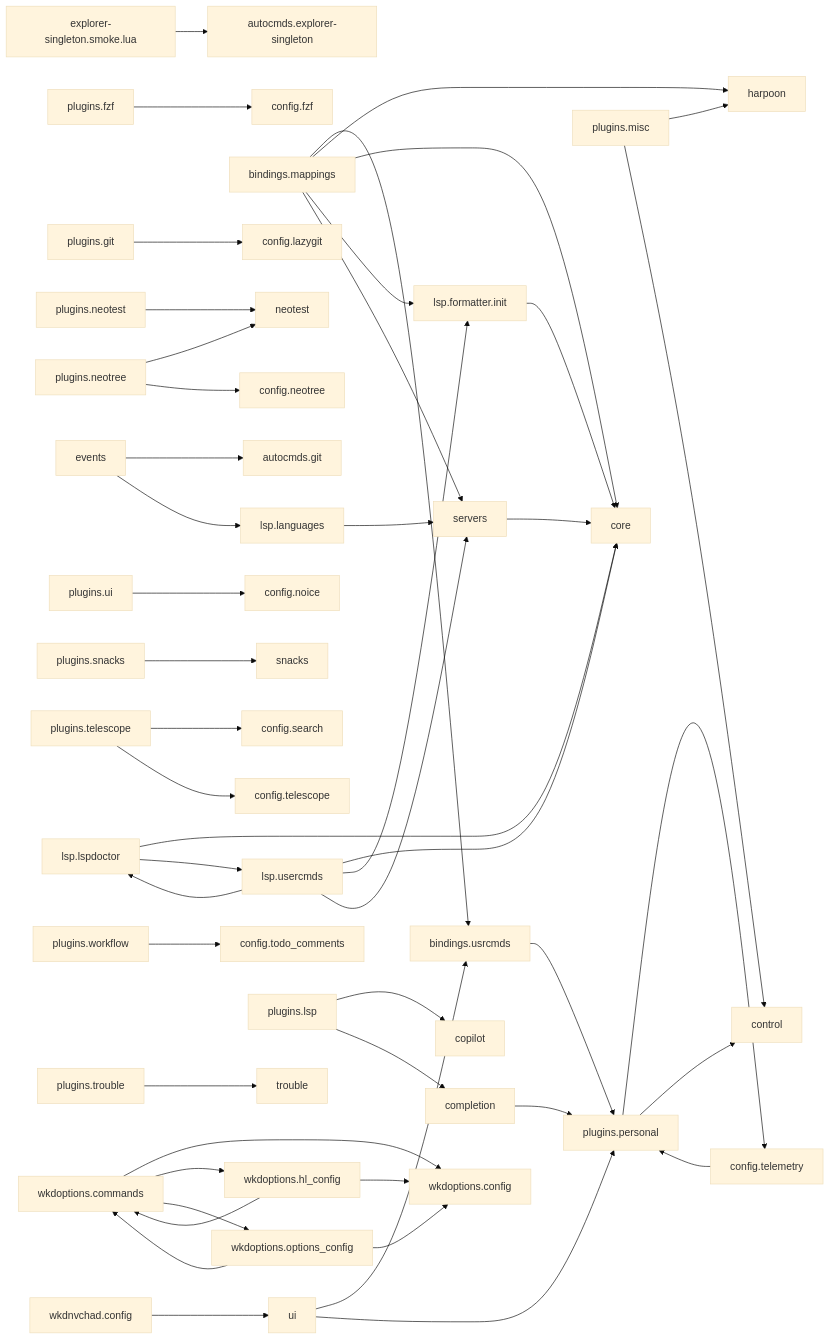
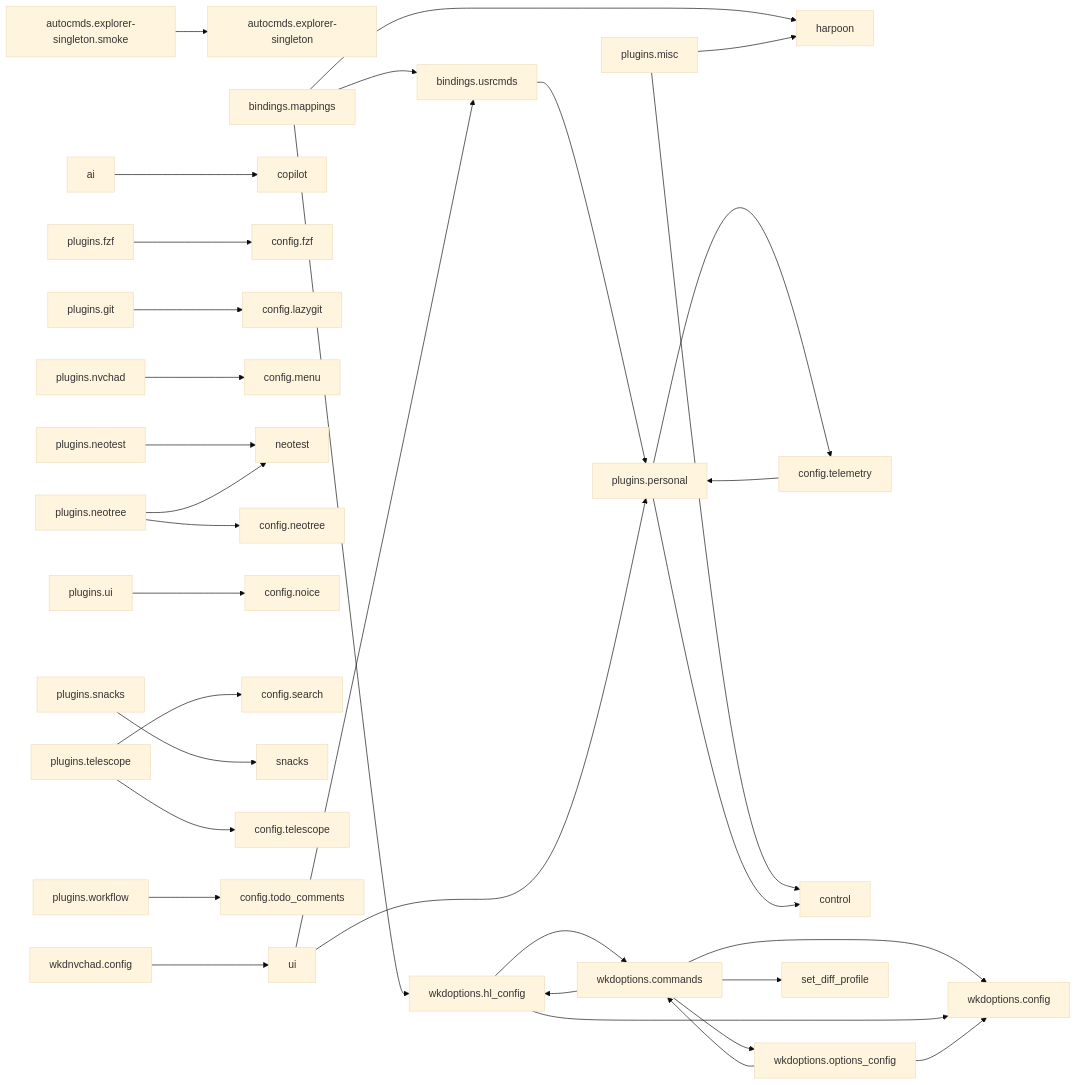
One commit to StefanBartl/nvim changed the second of 2 diagrams in docs/map/overview.md. Above: the diagram before and after it, drawn with Mermaid (base theme). The commit also changed other lines of this file and 2 other files, not shown here.

````diff
--- a/docs/map/overview.md
+++ b/docs/map/overview.md
@@ -160,15 +132,14 @@
 ```mermaid
 flowchart LR
-  nlua_autocmds_events["events"]
   nlua_autocmds_explorer_singleton_lua["autocmds.explorer-singleton"]
-  nlua_autocmds_explorer_singleton_smoke_lua["explorer-singleton.smoke.lua"]
-  nlua_autocmds_git["autocmds.git"]
+  nlua_autocmds_explorer_singleton_smoke_lua["autocmds.explorer-singleton.smoke"]
   nlua_bindings_mappings["bindings.mappings"]
   nlua_bindings_usrcmds["bindings.usrcmds"]
   nlua_config_copilot["copilot"]
   nlua_config_fzf["config.fzf"]
   nlua_config_harpoon["harpoon"]
   nlua_config_lazygit["config.lazygit"]
+  nlua_config_menu["config.menu"]
   nlua_config_neotest["neotest"]
   nlua_config_neotree["config.neotree"]
   nlua_config_noice["config.noice"]
@@ -177,25 +148,17 @@
   nlua_config_telemetry_lua["config.telemetry"]
   nlua_config_telescope["config.telescope"]
   nlua_config_todo_comments["config.todo_comments"]
-  nlua_config_trouble["trouble"]
-  nlua_lsp_completion["completion"]
-  nlua_lsp_core["core"]
-  nlua_lsp_formatter["lsp.formatter.init"]
-  nlua_lsp_languages["lsp.languages"]
-  nlua_lsp_lspdoctor["lsp.lspdoctor"]
-  nlua_lsp_servers["servers"]
-  nlua_lsp_usercmds["lsp.usercmds"]
+  nlua_plugins_ai["ai"]
   nlua_plugins_control["control"]
   nlua_plugins_fzf_lua["plugins.fzf"]
   nlua_plugins_git_lua["plugins.git"]
-  nlua_plugins_lsp_lua["plugins.lsp"]
   nlua_plugins_misc_lua["plugins.misc"]
   nlua_plugins_neotest_lua["plugins.neotest"]
   nlua_plugins_neotree_lua["plugins.neotree"]
+  nlua_plugins_nvchad_lua["plugins.nvchad"]
   nlua_plugins_personal["plugins.personal"]
   nlua_plugins_snacks_lua["plugins.snacks"]
   nlua_plugins_telescope_lua["plugins.telescope"]
-  nlua_plugins_trouble_lua["plugins.trouble"]
   nlua_plugins_ui_lua["plugins.ui"]
   nlua_plugins_workflow_lua["plugins.workflow"]
   nlua_wkdnvchad_config["wkdnvchad.config"]
@@ -204,41 +167,27 @@
   nlua_wkdoptions_config["wkdoptions.config"]
   nlua_wkdoptions_hl_config["wkdoptions.hl_config"]
   nlua_wkdoptions_options_config["wkdoptions.options_config"]
-  nlua_autocmds_events --> nlua_autocmds_git
-  nlua_autocmds_events --> nlua_lsp_languages
+  nlua_wkdoptions_set_diff_profile["set_diff_profile"]
   nlua_autocmds_explorer_singleton_smoke_lua --> nlua_autocmds_explorer_singleton_lua
   nlua_bindings_mappings --> nlua_bindings_usrcmds
   nlua_bindings_mappings --> nlua_config_harpoon
-  nlua_bindings_mappings --> nlua_lsp_core
-  nlua_bindings_mappings --> nlua_lsp_formatter
-  nlua_bindings_mappings --> nlua_lsp_servers
+  nlua_bindings_mappings --> nlua_wkdoptions_hl_config
   nlua_bindings_usrcmds --> nlua_plugins_personal
   nlua_config_telemetry_lua --> nlua_plugins_personal
-  nlua_lsp_completion --> nlua_plugins_personal
-  nlua_lsp_formatter --> nlua_lsp_core
-  nlua_lsp_languages --> nlua_lsp_servers
-  nlua_lsp_lspdoctor --> nlua_lsp_core
-  nlua_lsp_lspdoctor --> nlua_lsp_usercmds
-  nlua_lsp_servers --> nlua_lsp_core
-  nlua_lsp_usercmds --> nlua_lsp_core
-  nlua_lsp_usercmds --> nlua_lsp_formatter
-  nlua_lsp_usercmds --> nlua_lsp_lspdoctor
-  nlua_lsp_usercmds --> nlua_lsp_servers
+  nlua_plugins_ai --> nlua_config_copilot
   nlua_plugins_fzf_lua --> nlua_config_fzf
   nlua_plugins_git_lua --> nlua_config_lazygit
-  nlua_plugins_lsp_lua --> nlua_config_copilot
-  nlua_plugins_lsp_lua --> nlua_lsp_completion
   nlua_plugins_misc_lua --> nlua_config_harpoon
   nlua_plugins_misc_lua --> nlua_plugins_control
   nlua_plugins_neotest_lua --> nlua_config_neotest
   nlua_plugins_neotree_lua --> nlua_config_neotest
   nlua_plugins_neotree_lua --> nlua_config_neotree
+  nlua_plugins_nvchad_lua --> nlua_config_menu
   nlua_plugins_personal --> nlua_config_telemetry_lua
   nlua_plugins_personal --> nlua_plugins_control
   nlua_plugins_snacks_lua --> nlua_config_snacks
   nlua_plugins_telescope_lua --> nlua_config_search
   nlua_plugins_telescope_lua --> nlua_config_telescope
-  nlua_plugins_trouble_lua --> nlua_config_trouble
   nlua_plugins_ui_lua --> nlua_config_noice
   nlua_plugins_workflow_lua --> nlua_config_todo_comments
   nlua_wkdnvchad_config --> nlua_wkdnvchad_ui
@@ -247,6 +196,7 @@
   nlua_wkdoptions_commands --> nlua_wkdoptions_config
   nlua_wkdoptions_commands --> nlua_wkdoptions_hl_config
   nlua_wkdoptions_commands --> nlua_wkdoptions_options_config
+  nlua_wkdoptions_commands --> nlua_wkdoptions_set_diff_profile
   nlua_wkdoptions_hl_config --> nlua_wkdoptions_commands
   nlua_wkdoptions_hl_config --> nlua_wkdoptions_config
   nlua_wkdoptions_options_config --> nlua_wkdoptions_commands
````
